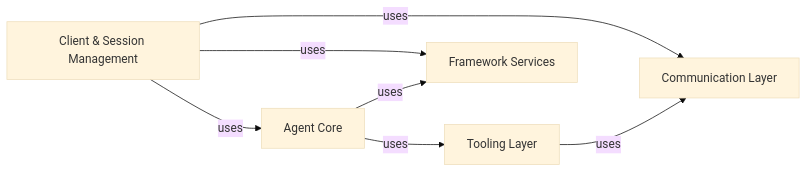
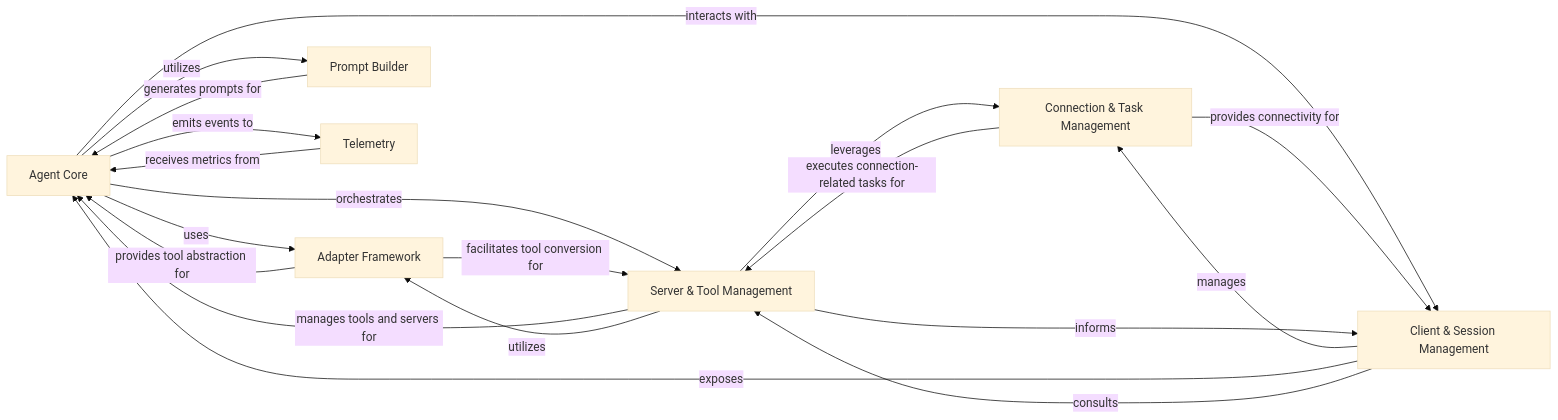
The diagram in .codeboarding/on_boarding.mdx (mcp-use/mcp-use), drawn with Mermaid (base theme) before and after one commit. The commit also changed other lines of this file and 21 other files, not shown here.

First line of the commit message:
docs: update codeboarding documentation and generate architecture

````diff
--- a/.codeboarding/on_boarding.mdx
+++ b/.codeboarding/on_boarding.mdx
@@ -7,18 +7,33 @@
 ```mermaid
 graph LR
+    Agent_Core["Agent Core"]
     Client_Session_Management["Client & Session Management"]
-    Agent_Core["Agent Core"]
-    Communication_Layer["Communication Layer"]
-    Tooling_Layer["Tooling Layer"]
-    Framework_Services["Framework Services"]
-    Client_Session_Management -- "uses" --> Agent_Core
-    Client_Session_Management -- "uses" --> Communication_Layer
-    Client_Session_Management -- "uses" --> Framework_Services
-    Agent_Core -- "uses" --> Tooling_Layer
-    Agent_Core -- "uses" --> Framework_Services
-    Tooling_Layer -- "uses" --> Communication_Layer
-    click Client_Session_Management href "/codeboarding/Client_Session_Management.md" "Details"
-    click Communication_Layer href "/codeboarding/Communication_Layer.md" "Details"
-    click Tooling_Layer href "/codeboarding/Tooling_Layer.md" "Details"
-    click Framework_Services href "/codeboarding/Framework_Services.md" "Details"
+    Connection_Task_Management["Connection & Task Management"]
+    Adapter_Framework["Adapter Framework"]
+    Server_Tool_Management["Server & Tool Management"]
+    Prompt_Builder["Prompt Builder"]
+    Telemetry["Telemetry"]
+    Agent_Core -- "uses" --> Adapter_Framework
+    Agent_Core -- "orchestrates" --> Server_Tool_Management
+    Agent_Core -- "utilizes" --> Prompt_Builder
+    Agent_Core -- "emits events to" --> Telemetry
+    Agent_Core -- "interacts with" --> Client_Session_Management
+    Client_Session_Management -- "manages" --> Connection_Task_Management
+    Client_Session_Management -- "exposes" --> Agent_Core
+    Client_Session_Management -- "consults" --> Server_Tool_Management
+    Connection_Task_Management -- "provides connectivity for" --> Client_Session_Management
+    Connection_Task_Management -- "executes connection-related tasks for" --> Server_Tool_Management
+    Adapter_Framework -- "provides tool abstraction for" --> Agent_Core
+    Adapter_Framework -- "facilitates tool conversion for" --> Server_Tool_Management
+    Server_Tool_Management -- "manages tools and servers for" --> Agent_Core
+    Server_Tool_Management -- "leverages" --> Connection_Task_Management
+    Server_Tool_Management -- "utilizes" --> Adapter_Framework
+    Server_Tool_Management -- "informs" --> Client_Session_Management
+    Prompt_Builder -- "generates prompts for" --> Agent_Core
+    Telemetry -- "receives metrics from" --> Agent_Core
+    click Agent_Core href "/codeboarding/Agent_Core.md" "Details"
+    click Adapter_Framework href "/codeboarding/Adapter_Framework.md" "Details"
+    click Server_Tool_Management href "/codeboarding/Server_Tool_Management.md" "Details"
+    click Prompt_Builder href "/codeboarding/Prompt_Builder.md" "Details"
+    click Telemetry href "/codeboarding/Telemetry.md" "Details"
 ```
````
